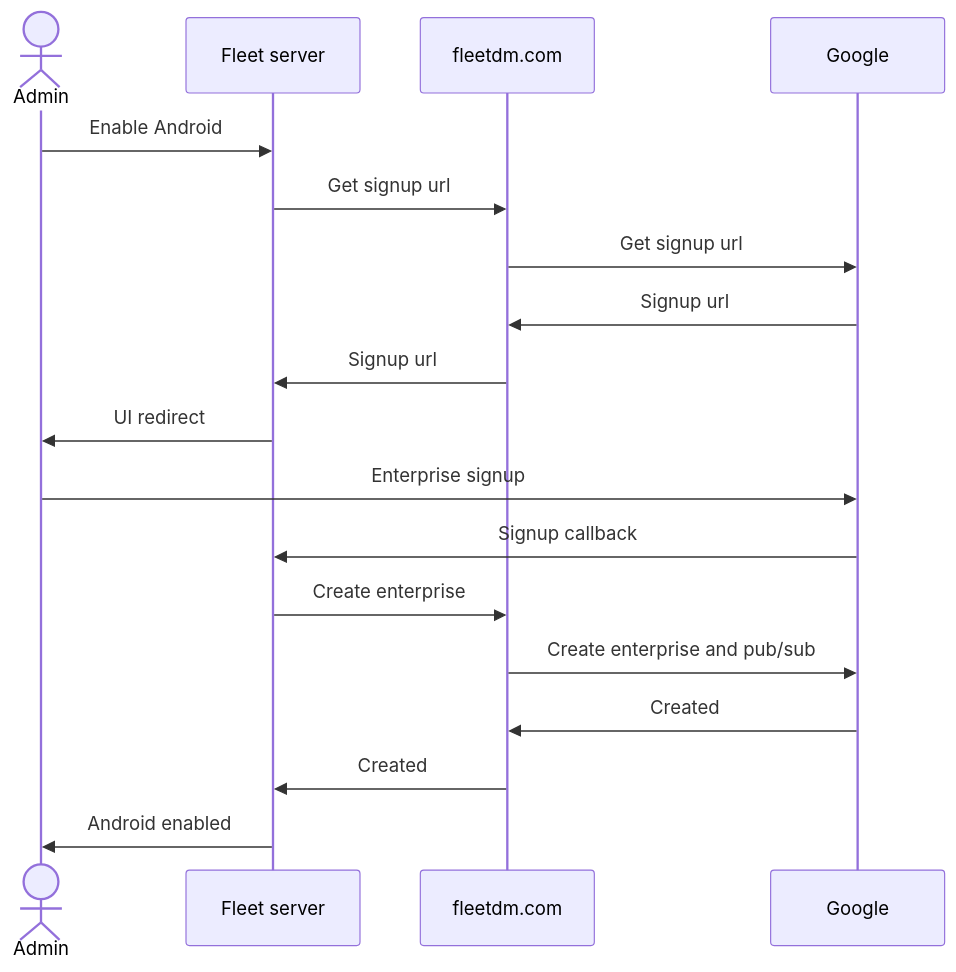
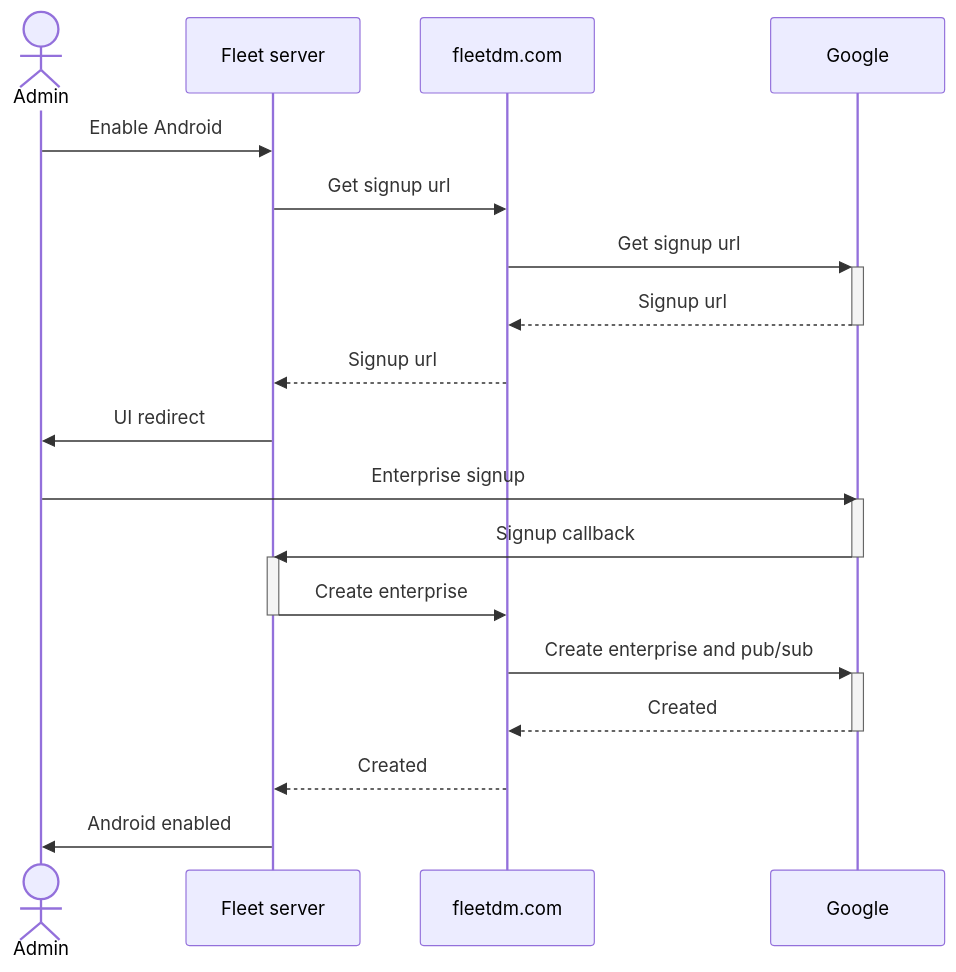
One commit to fleetdm/fleet changed the first of 2 diagrams in docs/Contributing/MDM-Android.md. Above: the diagram before and after it, drawn with Mermaid. The commit also changed other lines of this file, not shown here.

Commit message:
Made diagrams fancier.

````diff
--- a/docs/Contributing/MDM-Android.md
+++ b/docs/Contributing/MDM-Android.md
@@ -26,20 +26,24 @@
 ```mermaid
 sequenceDiagram
     actor Admin
     participant Fleet server
     participant fleetdm.com
     participant Google
     Admin->>Fleet server: Enable Android
     Fleet server->>fleetdm.com: Get signup url
-    fleetdm.com->>Google: Get signup url
-    Google->>fleetdm.com: Signup url
-    fleetdm.com->>Fleet server: Signup url
+    fleetdm.com->>+Google: Get signup url
+    Google-->>-fleetdm.com: Signup url
+    fleetdm.com-->>Fleet server: Signup url
     Fleet server->>Admin: UI redirect
     Admin->>Google: Enterprise signup
+    activate Google
     Google->>Fleet server: Signup callback
+    deactivate Google
+    activate Fleet server
     Fleet server->>fleetdm.com: Create enterprise
-    fleetdm.com->>Google: Create enterprise and pub/sub
-    Google->>fleetdm.com: Created
-    fleetdm.com->>Fleet server: Created
+    deactivate Fleet server
+    fleetdm.com->>+Google: Create enterprise and pub/sub
+    Google-->>-fleetdm.com: Created
+    fleetdm.com-->>Fleet server: Created
     Fleet server->>Admin: Android enabled
 ```
````
